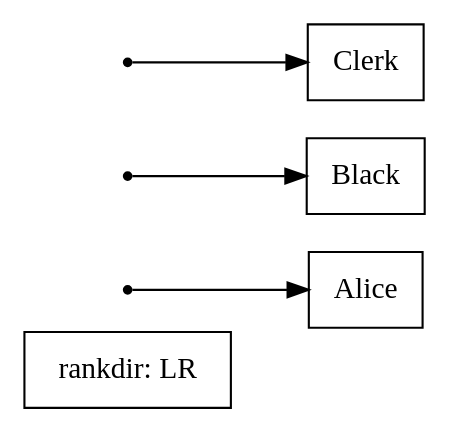
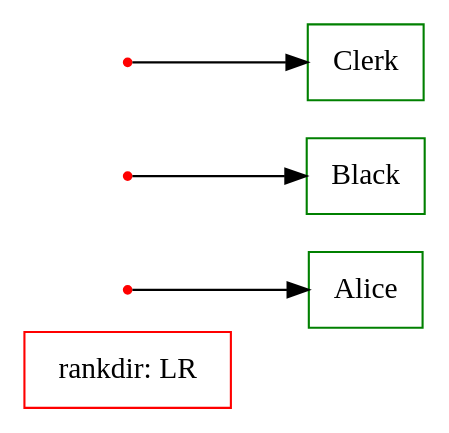
The diagram in rankdir.dot (greatgauss/graphviz_script), drawn with Graphviz before and after one commit.

Commit message:
Change randir.dot. assign color to nodes with same rank

```diff
--- a/rankdir.dot
+++ b/rankdir.dot
@@ -1,19 +1,19 @@
 digraph RANKDIR
 {
     fixedsize=true;          
     node [shape=box, size="15,15"];
     rankdir=LR;    
-    Parent_1 [label="rankdir: LR"];
+    Parent_1 [label="rankdir: LR", color=RED];
 
-    point_1 [shape=point];
-    Person_1 [label="Alice"];
+    point_1 [shape=point, color=RED];
+    Person_1 [label="Alice", color=GREEN];
     point_1 -> Person_1;
 
-    point_2 [shape=point];
-    Person_2 [label="Black"];
+    point_2 [shape=point, color=RED];
+    Person_2 [label="Black", color=GREEN];
     point_2 -> Person_2;
 
-    point_3 [shape=point];
-    Person_3 [label="Clerk"]
+    point_3 [shape=point, color=RED];
+    Person_3 [label="Clerk", color=GREEN]
     point_3 -> Person_3;
 }
```
